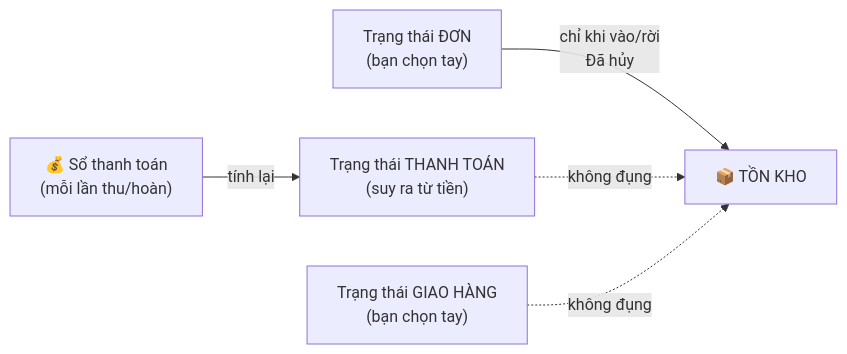
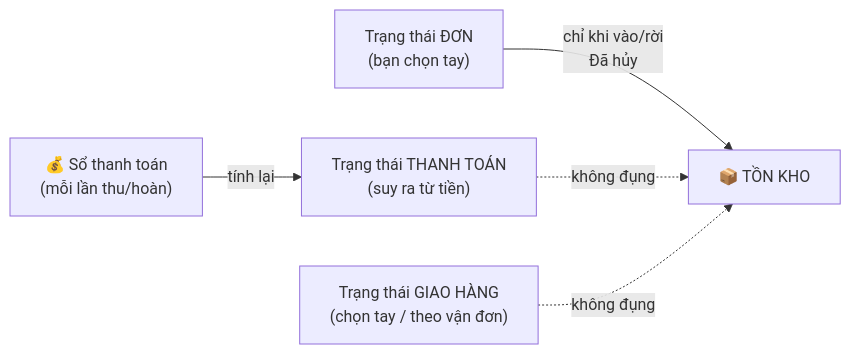
The first of 2 diagrams in s-cart/order-processing/order-lifecycle_vi.md (gp247net/gp247-docs), drawn with Mermaid before and after one commit. The commit also changed other lines of this file and 3 other files, not shown here.

````diff
--- a/s-cart/order-processing/order-lifecycle_vi.md
+++ b/s-cart/order-processing/order-lifecycle_vi.md
@@ -28,7 +35,7 @@
 ```mermaid
 flowchart LR
     A["Trạng thái ĐƠN<br/>(bạn chọn tay)"] -->|"chỉ khi vào/rời<br/>Đã hủy"| S["📦 TỒN KHO"]
     B["Trạng thái THANH TOÁN<br/>(suy ra từ tiền)"] -.->|"không đụng"| S
-    C["Trạng thái GIAO HÀNG<br/>(bạn chọn tay)"] -.->|"không đụng"| S
+    C["Trạng thái GIAO HÀNG<br/>(chọn tay / theo vận đơn)"] -.->|"không đụng"| S
     M["💰 Sổ thanh toán<br/>(mỗi lần thu/hoàn)"] -->|"tính lại"| B
 ```
````
